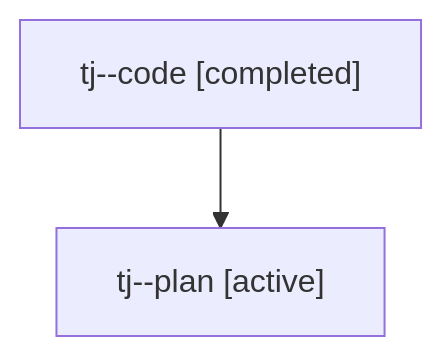
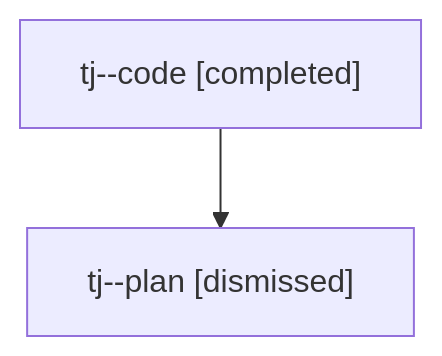
The diagram in sessions/bbugyi200.athena.tj.md (sase-org/sase--agents), drawn with Mermaid before and after one commit. The commit also changed other lines of this file and 18 other files, not shown here.

````diff
--- a/sessions/bbugyi200.athena.tj.md
+++ b/sessions/bbugyi200.athena.tj.md
@@ -9,6 +9,6 @@
 ```mermaid
 flowchart TD
   n0["tj--code [completed]"]
-  n1["tj--plan [active]"]
+  n1["tj--plan [dismissed]"]
   n0 --> n1
 ```
````
